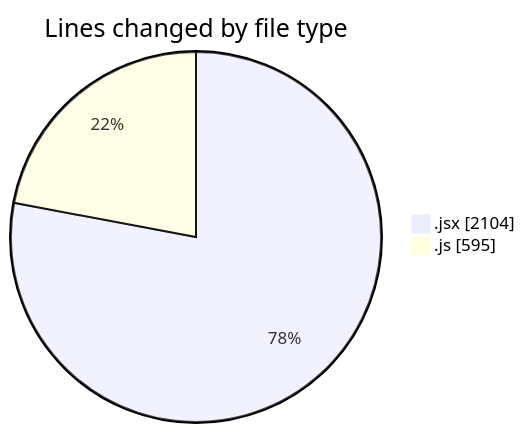
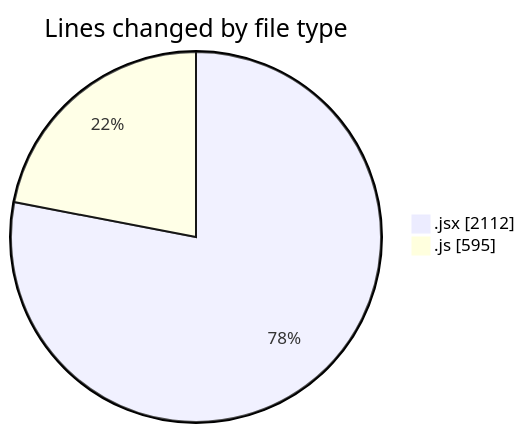
Before and after one commit to nxtqubesakshisongat/code-tracking: the first of 2 diagrams in 2025-06-30/argos/README.md, drawn with Mermaid. The commit also changed other lines of this file and 1 other file, not shown here.

````diff
--- a/2025-06-30/argos/README.md
+++ b/2025-06-30/argos/README.md
@@ -28,6 +28,6 @@
 ```mermaid
 pie showData
 title Lines changed by file type
-".jsx" : 2104
+".jsx" : 2112
 ".js" : 595
 ```
````
